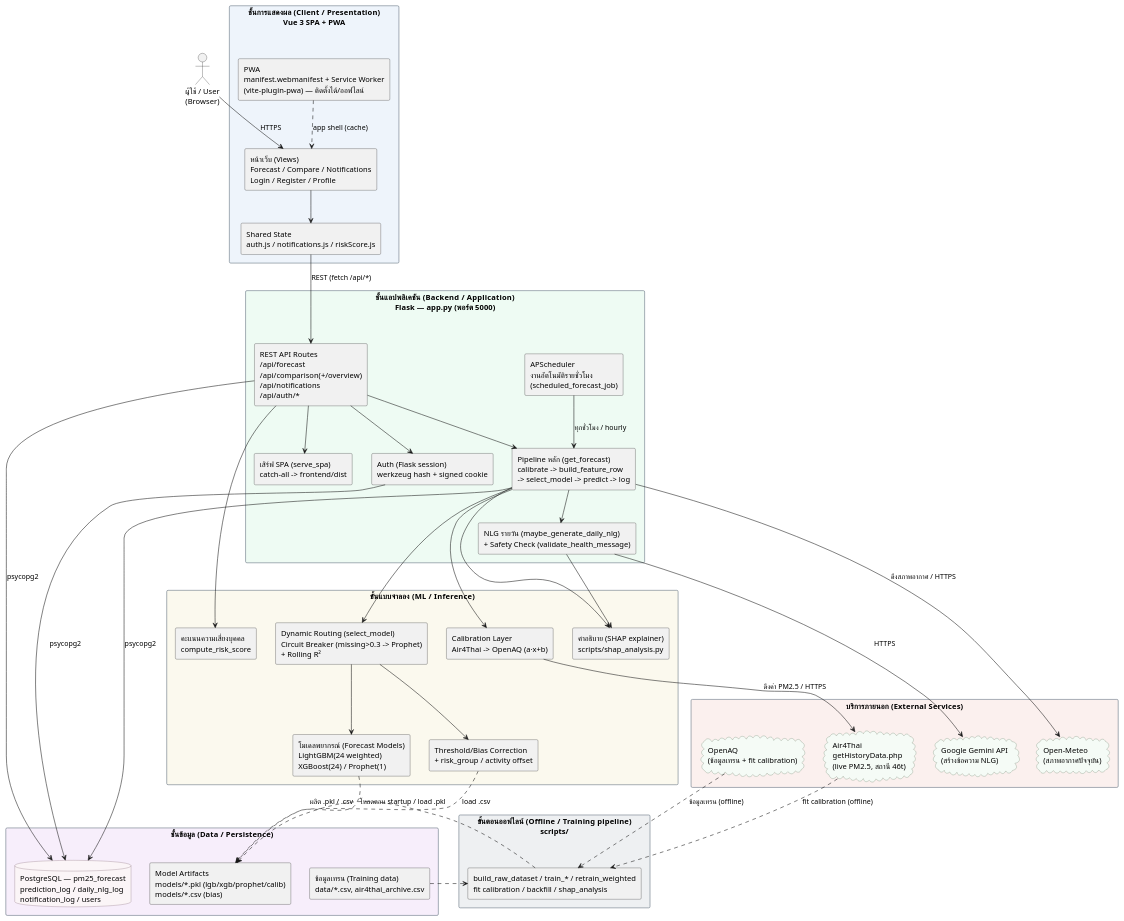
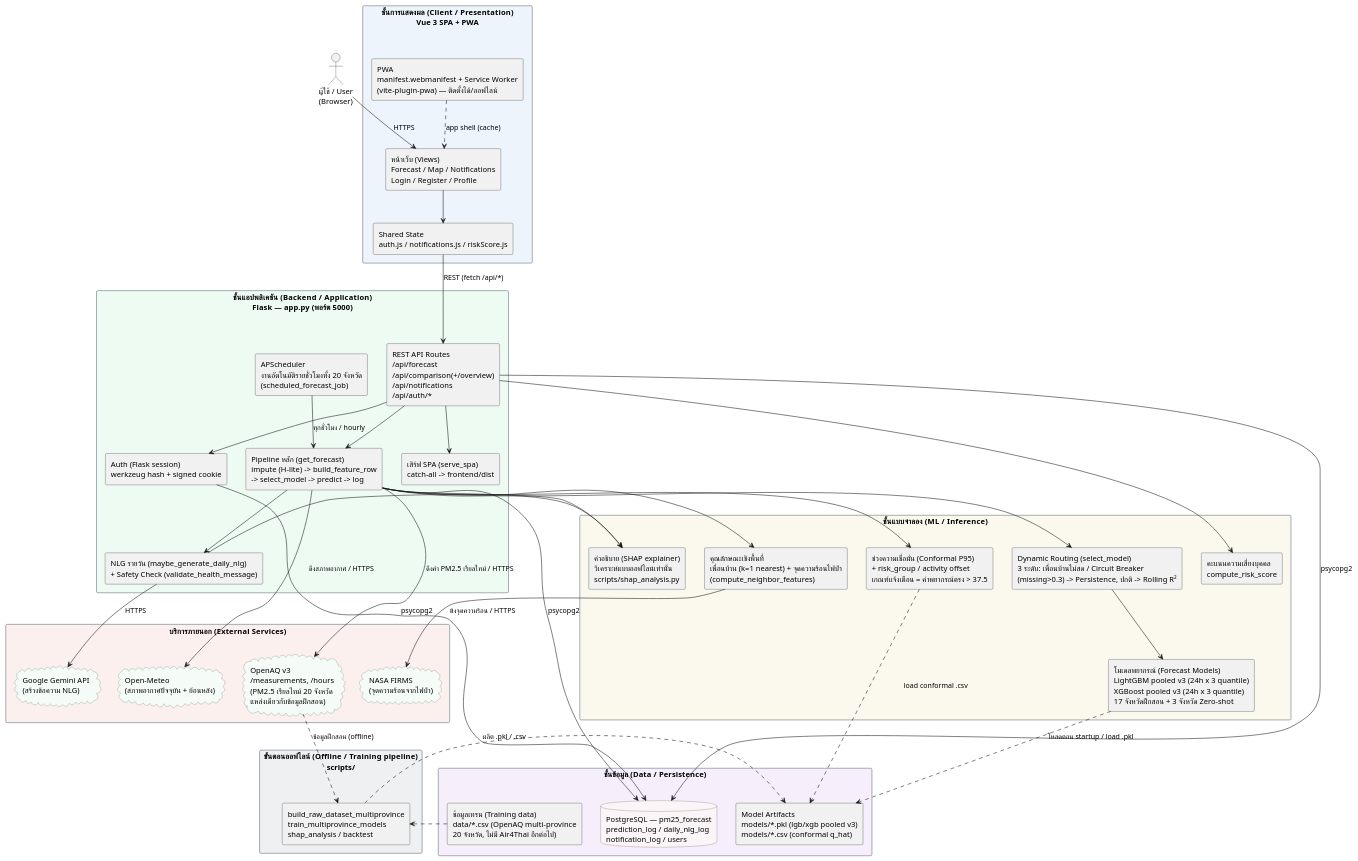
Before and after one commit to PJ-113/ProjectFinalCS: the diagram in docs/system_architecture.puml, drawn with PlantUML. The commit also changed 37 other files, not shown here.

```diff
--- a/docs/system_architecture.puml
+++ b/docs/system_architecture.puml
@@ -1,128 +1,130 @@
 @startuml PM25_Forecast_SystemArchitecture
 ' ============================================================================
-' System Architecture (Layered) — ระบบพยากรณ์ PM2.5 ล่วงหน้า 24 ชม. จ.ขอนแก่น
-' PM2.5 24-Hour Forecast & Health Advisory System (Khon Kaen)
+' System Architecture (Layered) — ระบบพยากรณ์ PM2.5 ล่วงหน้า 24 ชม. 20 จังหวัดภาคตะวันออกเฉียงเหนือ
+' PM2.5 24-Hour Forecast & Health Advisory System (20 Isaan provinces, Pooled Model v3)
 '
-' หมายเหตุ: diagram สะท้อนสถาปัตยกรรมจริงที่ยืนยันจากโค้ด (app.py, frontend/src/)
+' หมายเหตุ: diagram สะท้อนสถาปัตยกรรมจริงที่ยืนยันจากโค้ด (app.py, frontend/src/) ของโมเดล pooled v3
+'          (17 จังหวัดฝึกสอน + 3 จังหวัด Zero-shot) ไม่มีชั้น Calibration อีกต่อไป เพราะข้อมูลฝึกสอน
+'          และข้อมูลใช้งานจริงมาจาก OpenAQ แหล่งเดียวกัน
 '          เส้นทึบ = การไหลข้อมูล/การเรียกตอน runtime, เส้นประ = offline/training-time
 ' Render: VSCode PlantUML extension / plantuml.com / `plantuml system_architecture.puml`
 ' ============================================================================
 
 skinparam defaultFontName "Tahoma"
 skinparam componentStyle rectangle
 skinparam shadowing false
 skinparam rectangle {
   BorderColor #5b6b7a
   BackgroundColor #f7f9fb
 }
 skinparam database {
   BorderColor #7a5b6b
   BackgroundColor #fbf5f7
 }
 skinparam cloud {
   BorderColor #5b7a5f
   BackgroundColor #f5fbf6
 }
 
 ' ===========================================================================
 ' ชั้นที่ 1 — Client / Presentation (Vue 3 PWA)
 ' ===========================================================================
 rectangle "ชั้นการแสดงผล (Client / Presentation)\nVue 3 SPA + PWA" as L1 #eef4fb {
-  component "หน้าเว็บ (Views)\nForecast / Compare / Notifications\nLogin / Register / Profile" as Views
+  component "หน้าเว็บ (Views)\nForecast / Map / Notifications\nLogin / Register / Profile" as Views
   component "Shared State\nauth.js / notifications.js / riskScore.js" as State
   component "PWA\nmanifest.webmanifest + Service Worker\n(vite-plugin-pwa) — ติดตั้งได้/ออฟไลน์" as PWA
 }
 
 actor "ผู้ใช้ / User\n(Browser)" as User
 
 ' ===========================================================================
 ' ชั้นที่ 2 — Backend / Application (Flask app.py)
 ' ===========================================================================
 rectangle "ชั้นแอปพลิเคชัน (Backend / Application)\nFlask — app.py (พอร์ต 5000)" as L2 #eefbf3 {
   component "REST API Routes\n/api/forecast\n/api/comparison(+/overview)\n/api/notifications\n/api/auth/*" as API
   component "เสิร์ฟ SPA (serve_spa)\ncatch-all -> frontend/dist" as SPA
   component "Auth (Flask session)\nwerkzeug hash + signed cookie" as Auth
-  component "Pipeline หลัก (get_forecast)\ncalibrate -> build_feature_row\n-> select_model -> predict -> log" as Pipeline
-  component "APScheduler\nงานอัตโนมัติรายชั่วโมง\n(scheduled_forecast_job)" as Scheduler
+  component "Pipeline หลัก (get_forecast)\nimpute (H-lite) -> build_feature_row\n-> select_model -> predict -> log" as Pipeline
+  component "APScheduler\nงานอัตโนมัติรายชั่วโมงทั้ง 20 จังหวัด\n(scheduled_forecast_job)" as Scheduler
   component "NLG รายวัน (maybe_generate_daily_nlg)\n+ Safety Check (validate_health_message)" as NLG
 }
 
 ' ===========================================================================
 ' ชั้นที่ 3 — ML / Inference
 ' ===========================================================================
 rectangle "ชั้นแบบจำลอง (ML / Inference)" as L3 #fbf9ee {
-  component "Dynamic Routing (select_model)\nCircuit Breaker (missing>0.3 -> Prophet)\n+ Rolling R²" as Routing
-  component "โมเดลพยากรณ์ (Forecast Models)\nLightGBM(24 weighted)\nXGBoost(24) / Prophet(1)" as Models
-  component "Calibration Layer\nAir4Thai -> OpenAQ (a·x+b)" as Calib
-  component "Threshold/Bias Correction\n+ risk_group / activity offset" as Bias
-  component "คำอธิบาย (SHAP explainer)\nscripts/shap_analysis.py" as SHAP
+  component "Dynamic Routing (select_model)\n3 ระดับ: เพื่อนบ้านไม่สด / Circuit Breaker\n(missing>0.3) -> Persistence, ปกติ -> Rolling R²" as Routing
+  component "โมเดลพยากรณ์ (Forecast Models)\nLightGBM pooled v3 (24h x 3 quantile)\nXGBoost pooled v3 (24h x 3 quantile)\n17 จังหวัดฝึกสอน + 3 จังหวัด Zero-shot" as Models
+  component "คุณลักษณะเชิงพื้นที่\nเพื่อนบ้าน (k=1 nearest) + จุดความร้อนไฟป่า\n(compute_neighbor_features)" as SpatialFeat
+  component "ช่วงความเชื่อมั่น (Conformal P95)\n+ risk_group / activity offset\nเกณฑ์แจ้งเตือน = ค่าพยากรณ์ตรง > 37.5" as Interval
+  component "คำอธิบาย (SHAP explainer)\nวิเคราะห์แบบออฟไลน์เท่านั้น\nscripts/shap_analysis.py" as SHAP
   component "คะแนนความเสี่ยงบุคคล\ncompute_risk_score" as Risk
 }
 
 ' ===========================================================================
 ' ชั้นที่ 4 — Data / Persistence
 ' ===========================================================================
 rectangle "ชั้นข้อมูล (Data / Persistence)" as L4 #f7eefb {
   database "PostgreSQL — pm25_forecast\nprediction_log / daily_nlg_log\nnotification_log / users" as PG
-  component "Model Artifacts\nmodels/*.pkl (lgb/xgb/prophet/calib)\nmodels/*.csv (bias)" as Artifacts
-  component "ข้อมูลเทรน (Training data)\ndata/*.csv, air4thai_archive.csv" as TrainData
+  component "Model Artifacts\nmodels/*.pkl (lgb/xgb pooled v3)\nmodels/*.csv (conformal q_hat)" as Artifacts
+  component "ข้อมูลเทรน (Training data)\ndata/*.csv (OpenAQ multi-province\n20 จังหวัด, ไม่มี Air4Thai อีกต่อไป)" as TrainData
 }
 
 ' ===========================================================================
 ' ชั้นที่ 5 — External Services (3rd-party APIs)
 ' ===========================================================================
 rectangle "บริการภายนอก (External Services)" as L5 #fbf0ee {
-  cloud "Air4Thai\ngetHistoryData.php\n(live PM2.5, สถานี 46t)" as Air4Thai
-  cloud "Open-Meteo\n(สภาพอากาศปัจจุบัน)" as OpenMeteo
+  cloud "OpenAQ v3\n/measurements, /hours\n(PM2.5 เรียลไทม์ 20 จังหวัด\nแหล่งเดียวกับข้อมูลฝึกสอน)" as OpenAQ
+  cloud "Open-Meteo\n(สภาพอากาศปัจจุบัน + ย้อนหลัง)" as OpenMeteo
+  cloud "NASA FIRMS\n(จุดความร้อนจากไฟป่า)" as FIRMS
   cloud "Google Gemini API\n(สร้างข้อความ NLG)" as Gemini
-  cloud "OpenAQ\n(ข้อมูลเทรน + fit calibration)" as OpenAQ
 }
 
 ' ===========================================================================
 ' ชั้น Offline — Training pipeline (ไม่ใช่ runtime)
 ' ===========================================================================
 rectangle "ขั้นตอนออฟไลน์ (Offline / Training pipeline)\nscripts/" as L6 #eef0f2 {
-  component "build_raw_dataset / train_* / retrain_weighted\nfit calibration / backfill / shap_analysis" as ScriptsBox
+  component "build_raw_dataset_multiprovince\ntrain_multiprovince_models\nshap_analysis / backtest" as ScriptsBox
 }
 
 ' ---------------------------------------------------------------------------
 ' Runtime flows (เส้นทึบ)
 ' ---------------------------------------------------------------------------
 User --> Views : HTTPS
 Views --> State
 State --> API : REST (fetch /api/*)
 PWA ..> Views : app shell (cache)
 
 API --> Auth
 API --> Pipeline
 API --> SPA
 Scheduler --> Pipeline : ทุกชั่วโมง / hourly
 Pipeline --> NLG
 
 Pipeline --> Routing
 Routing --> Models
-Pipeline --> Calib
-Routing --> Bias
+Pipeline --> SpatialFeat
+Pipeline --> Interval
 Pipeline --> SHAP
 API --> Risk
 NLG --> SHAP
 
-Calib --> Air4Thai : ดึงค่า PM2.5 / HTTPS
+Pipeline --> OpenAQ : ดึงค่า PM2.5 เรียลไทม์ / HTTPS
 Pipeline --> OpenMeteo : ดึงสภาพอากาศ / HTTPS
+SpatialFeat --> FIRMS : ดึงจุดความร้อน / HTTPS
 NLG --> Gemini : HTTPS
 
 Pipeline --> PG : psycopg2
 API --> PG : psycopg2
 Auth --> PG : psycopg2
 Models ..> Artifacts : โหลดตอน startup / load .pkl
-Bias ..> Artifacts : load .csv
+Interval ..> Artifacts : load conformal .csv
 
 ' ---------------------------------------------------------------------------
 ' Offline / training flows (เส้นประ)
 ' ---------------------------------------------------------------------------
-OpenAQ ..> ScriptsBox : ข้อมูลเทรน (offline)
-Air4Thai ..> ScriptsBox : fit calibration (offline)
+OpenAQ ..> ScriptsBox : ข้อมูลฝึกสอน (offline)
 TrainData ..> ScriptsBox
 ScriptsBox ..> Artifacts : ผลิต .pkl / .csv
 
 @enduml
```
